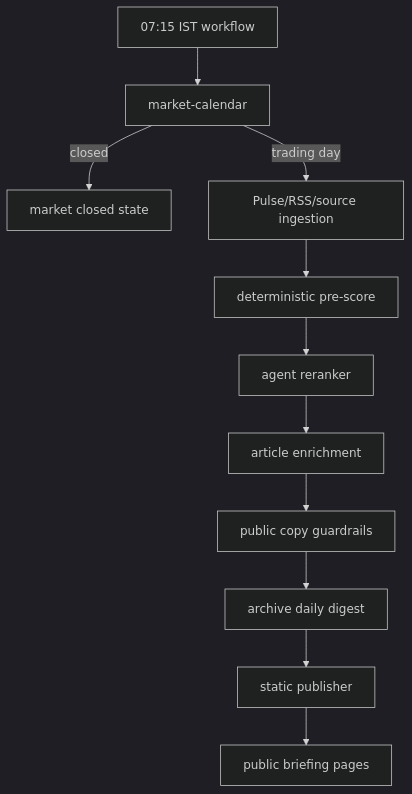
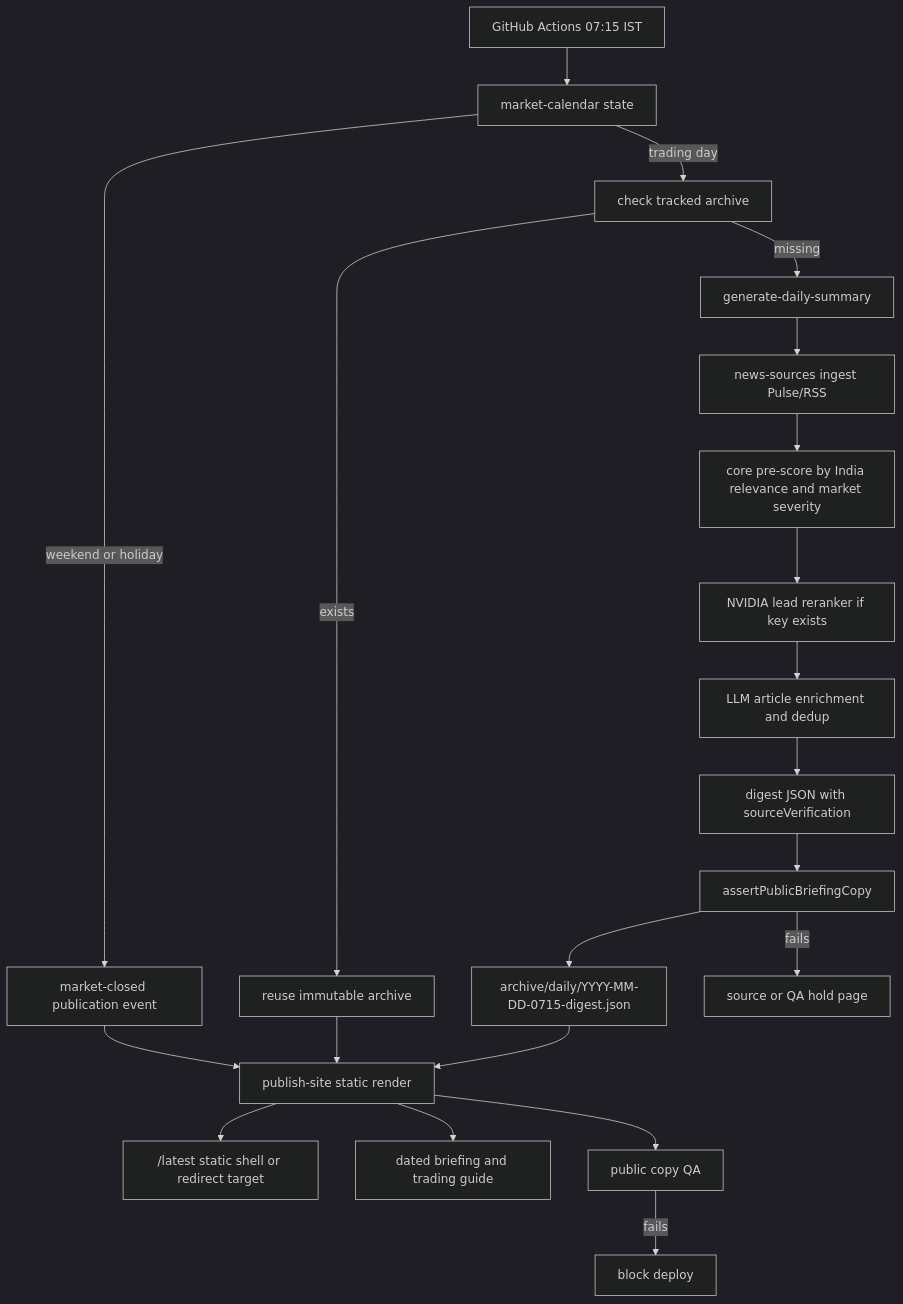
One commit to Abheydeep/marketNews changed the diagram in context/architecture-diagrams/02-morning-briefing-pipeline.mmd. Above: the diagram before and after it, drawn with Mermaid (dark theme). The commit also changed 11 other files, not shown here.

Commit message:
chore(context): improve diagrams and stage logging

```diff
--- a/context/architecture-diagrams/02-morning-briefing-pipeline.mmd
+++ b/context/architecture-diagrams/02-morning-briefing-pipeline.mmd
@@ -1,11 +1,23 @@
 flowchart TD
-  Cron[07:15 IST workflow] --> Calendar[market-calendar]
-  Calendar -->|closed| Closed[market closed state]
-  Calendar -->|trading day| Ingest[Pulse/RSS/source ingestion]
-  Ingest --> Rank[deterministic pre-score]
-  Rank --> Rerank[agent reranker]
-  Rerank --> Enrich[article enrichment]
-  Enrich --> Guardrails[public copy guardrails]
-  Guardrails --> Digest[archive daily digest]
-  Digest --> Publish[static publisher]
-  Publish --> Site[public briefing pages]
+  Cron["GitHub Actions 07:15 IST"] --> Calendar["market-calendar state"]
+  Calendar -->|weekend or holiday| Closed["market-closed publication event"]
+  Calendar -->|trading day| Existing["check tracked archive"]
+  Existing -->|exists| Reuse["reuse immutable archive"]
+  Existing -->|missing| Generate["generate-daily-summary"]
+
+  Generate --> Sources["news-sources ingest Pulse/RSS"]
+  Sources --> Score["core pre-score by India relevance and market severity"]
+  Score --> Rerank["NVIDIA lead reranker if key exists"]
+  Rerank --> Enrich["LLM article enrichment and dedup"]
+  Enrich --> Digest["digest JSON with sourceVerification"]
+  Digest --> Guard["assertPublicBriefingCopy"]
+  Guard --> Archive["archive/daily/YYYY-MM-DD-0715-digest.json"]
+  Archive --> Publish["publish-site static render"]
+  Closed --> Publish
+  Reuse --> Publish
+  Publish --> Latest["/latest static shell or redirect target"]
+  Publish --> Public["dated briefing and trading guide"]
+  Publish --> QA["public copy QA"]
+
+  Guard -->|fails| Hold["source or QA hold page"]
+  QA -->|fails| Block["block deploy"]
```
